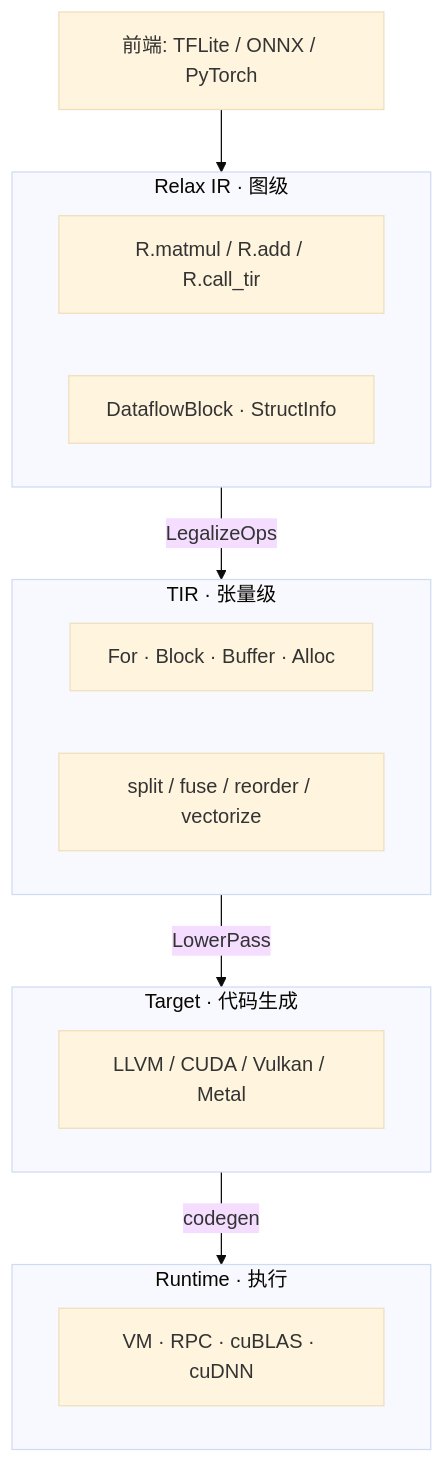
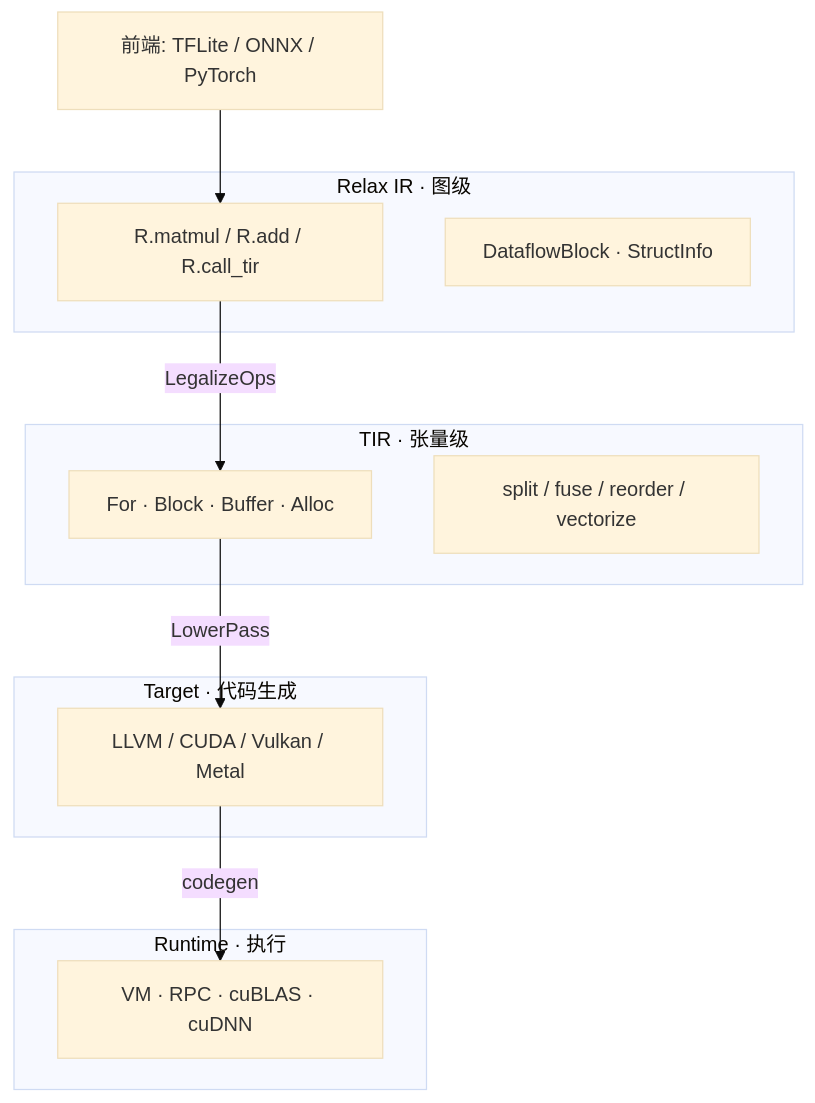
Before and after one commit to LudovicoYIN/blog: the first of 2 diagrams in src/content/posts/tvm-compilation-pipeline.md, drawn with Mermaid (base theme).

Commit message:
fix: stabilize mermaid pipeline diagram

````diff
--- a/src/content/posts/tvm-compilation-pipeline.md
+++ b/src/content/posts/tvm-compilation-pipeline.md
@@ -30,27 +30,27 @@
 ```mermaid
 flowchart TD
     Frontend["前端: TFLite / ONNX / PyTorch"]
 
-    subgraph Relax["Relax IR · 图级"]
+    subgraph RelaxStage["Relax IR · 图级"]
         R1["R.matmul / R.add / R.call_tir"]
         R2["DataflowBlock · StructInfo"]
     end
 
-    subgraph TIR["TIR · 张量级"]
+    subgraph TIRStage["TIR · 张量级"]
         T1["For · Block · Buffer · Alloc"]
         T2["split / fuse / reorder / vectorize"]
     end
 
-    subgraph Target["Target · 代码生成"]
+    subgraph TargetStage["Target · 代码生成"]
         TG1["LLVM / CUDA / Vulkan / Metal"]
     end
 
-    subgraph Runtime["Runtime · 执行"]
+    subgraph RuntimeStage["Runtime · 执行"]
         RT1["VM · RPC · cuBLAS · cuDNN"]
     end
 
-    Frontend --> Relax
-    Relax -->|"LegalizeOps"| TIR
-    TIR -->|"LowerPass"| Target
-    Target -->|"codegen"| Runtime
+    Frontend --> R1
+    R1 -->|"LegalizeOps"| T1
+    T1 -->|"LowerPass"| TG1
+    TG1 -->|"codegen"| RT1
 ```
````
